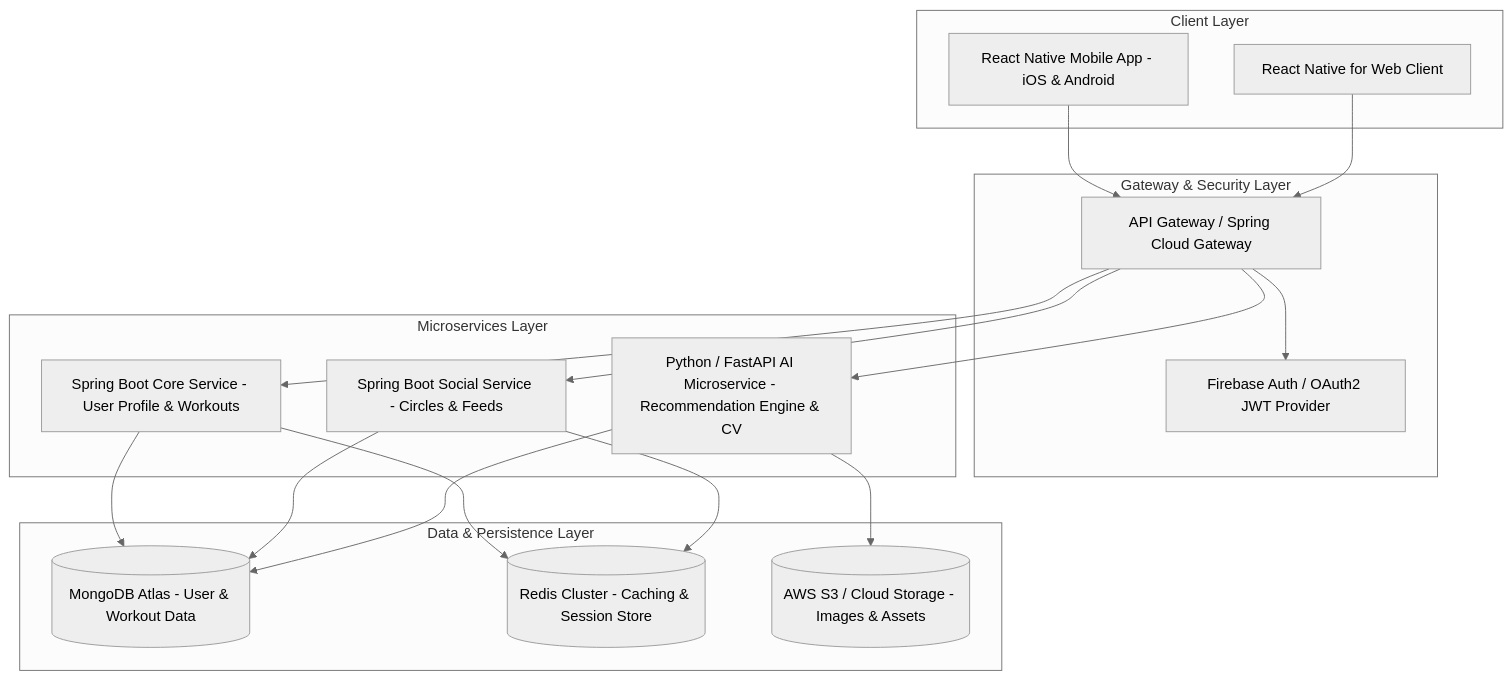
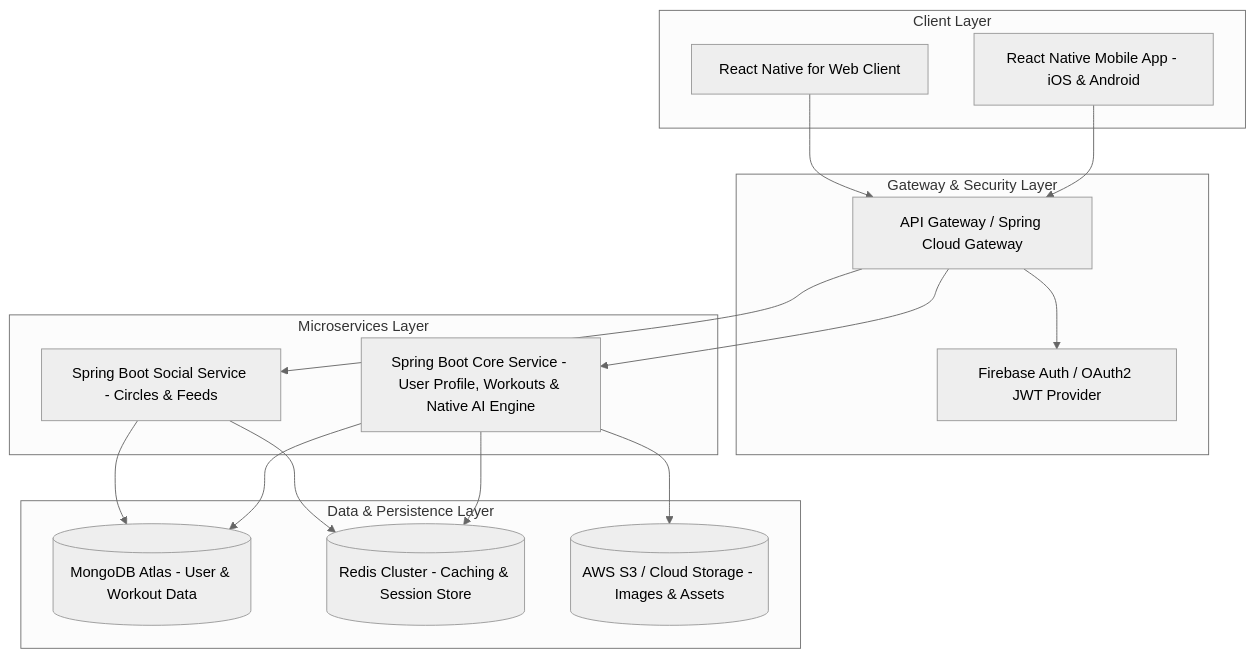
Before and after one commit to Ravindu-Dev/fitflow-redesign: the first of 4 diagrams in docs/activity4-architecture-and-adr.md, drawn with Mermaid (neutral theme). The commit also changed other lines of this file and 8 other files, not shown here.

````diff
--- a/docs/activity4-architecture-and-adr.md
+++ b/docs/activity4-architecture-and-adr.md
@@ -10,43 +10,40 @@
 ```mermaid
 graph TD
     %% Client Layer
     subgraph Client Layer
         MobileApp[React Native Mobile App - iOS & Android]
         WebApp[React Native for Web Client]
     end
 
     %% Gateway & Auth Layer
     subgraph Gateway & Security Layer
         APIGateway[API Gateway / Spring Cloud Gateway]
         AuthServer[Firebase Auth / OAuth2 JWT Provider]
     end
 
     %% Microservices Layer
     subgraph Microservices Layer
-        CoreBackend[Spring Boot Core Service - User Profile & Workouts]
+        CoreBackend[Spring Boot Core Service - User Profile, Workouts & Native AI Engine]
         SocialService[Spring Boot Social Service - Circles & Feeds]
-        AIService[Python / FastAPI AI Microservice - Recommendation Engine & CV]
     end
 
     %% Data & Infrastructure Layer
     subgraph Data & Persistence Layer
         MongoDB[(MongoDB Atlas - User & Workout Data)]
         RedisCache[(Redis Cluster - Caching & Session Store)]
         S3Storage[(AWS S3 / Cloud Storage - Images & Assets)]
     end
 
     %% External Connections
     MobileApp --> APIGateway
     WebApp --> APIGateway
     APIGateway --> AuthServer
     APIGateway --> CoreBackend
     APIGateway --> SocialService
-    APIGateway --> AIService
 
     CoreBackend --> MongoDB
     CoreBackend --> RedisCache
+    CoreBackend --> S3Storage
     SocialService --> MongoDB
     SocialService --> RedisCache
-    AIService --> MongoDB
-    AIService --> S3Storage
 ```
````
